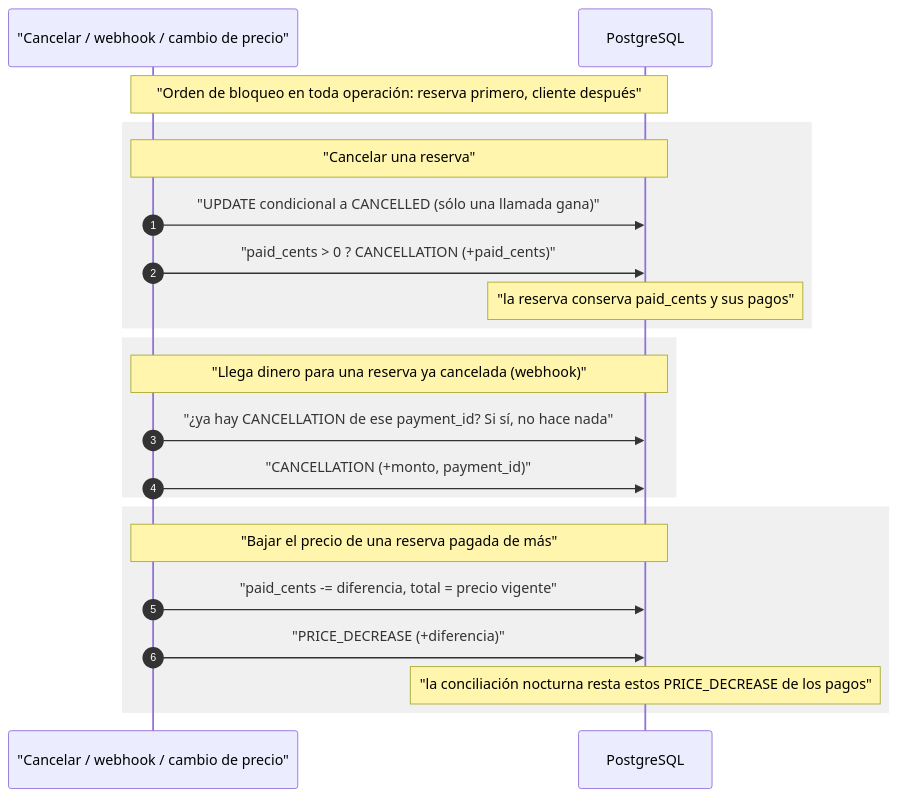
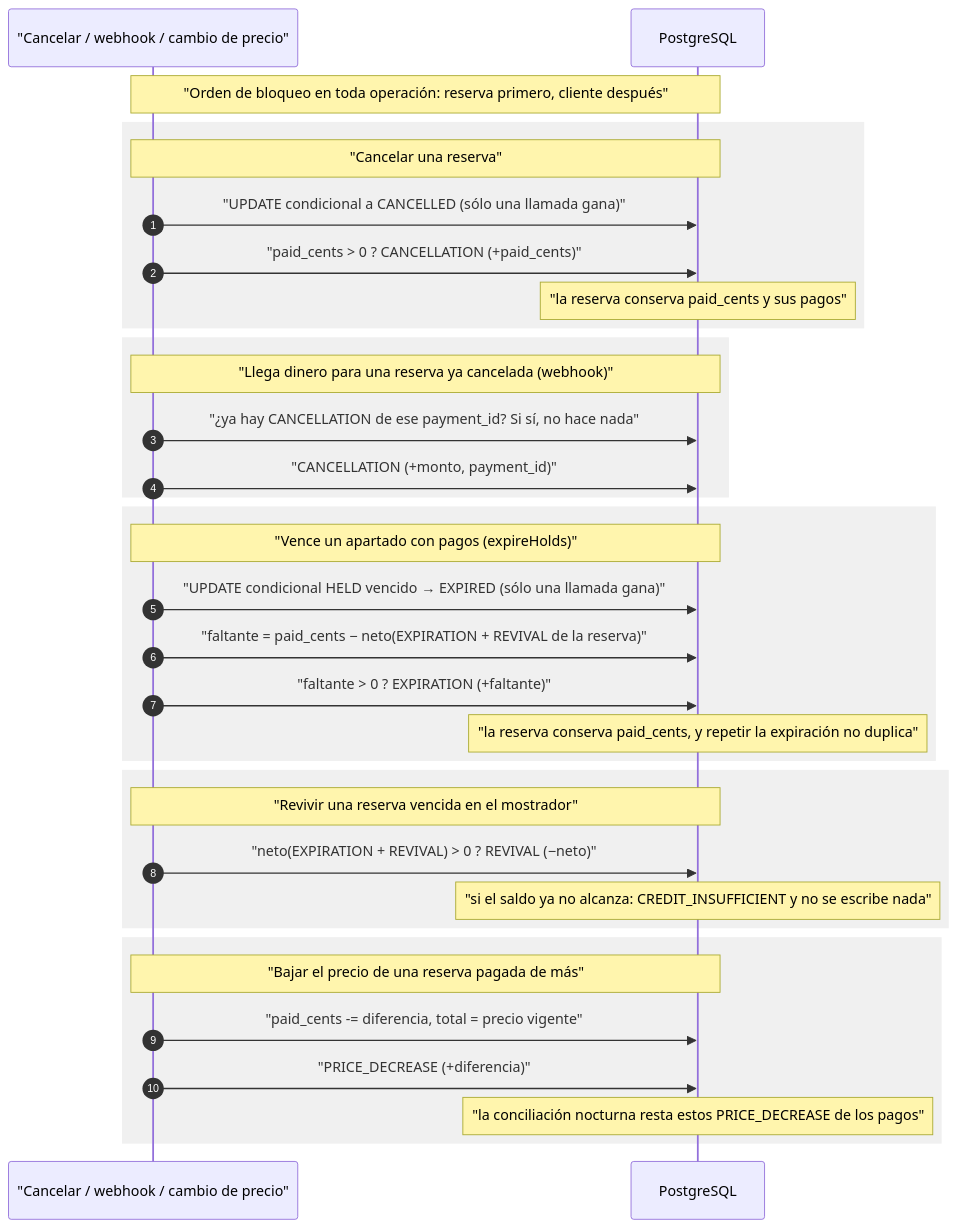
The second of 5 diagrams in docs/diagrams/customer-credit.md (erickgs2/ruta_mochilera), drawn with Mermaid before and after one commit. The commit also changed other lines of this file and 4 other files, not shown here.

First line of the commit message:
feat(payments): credit an expired hold's payments and take them back on revival

````diff
--- a/docs/diagrams/customer-credit.md
+++ b/docs/diagrams/customer-credit.md
@@ -40,28 +45,42 @@
 ```mermaid
 sequenceDiagram
     autonumber
     participant Op as "Cancelar / webhook / cambio de precio"
     participant DB as PostgreSQL
 
     Note over Op,DB: "Orden de bloqueo en toda operación: reserva primero, cliente después"
 
     rect rgb(240, 240, 240)
         Note over Op,DB: "Cancelar una reserva"
         Op->>DB: "UPDATE condicional a CANCELLED (sólo una llamada gana)"
         Op->>DB: "paid_cents > 0 ? CANCELLATION (+paid_cents)"
         Note over DB: "la reserva conserva paid_cents y sus pagos"
     end
 
     rect rgb(240, 240, 240)
         Note over Op,DB: "Llega dinero para una reserva ya cancelada (webhook)"
         Op->>DB: "¿ya hay CANCELLATION de ese payment_id? Si sí, no hace nada"
         Op->>DB: "CANCELLATION (+monto, payment_id)"
     end
 
     rect rgb(240, 240, 240)
+        Note over Op,DB: "Vence un apartado con pagos (expireHolds)"
+        Op->>DB: "UPDATE condicional HELD vencido → EXPIRED (sólo una llamada gana)"
+        Op->>DB: "faltante = paid_cents − neto(EXPIRATION + REVIVAL de la reserva)"
+        Op->>DB: "faltante > 0 ? EXPIRATION (+faltante)"
+        Note over DB: "la reserva conserva paid_cents, y repetir la expiración no duplica"
+    end
+
+    rect rgb(240, 240, 240)
+        Note over Op,DB: "Revivir una reserva vencida en el mostrador"
+        Op->>DB: "neto(EXPIRATION + REVIVAL) > 0 ? REVIVAL (−neto)"
+        Note over DB: "si el saldo ya no alcanza: CREDIT_INSUFFICIENT y no se escribe nada"
+    end
+
+    rect rgb(240, 240, 240)
         Note over Op,DB: "Bajar el precio de una reserva pagada de más"
         Op->>DB: "paid_cents -= diferencia, total = precio vigente"
         Op->>DB: "PRICE_DECREASE (+diferencia)"
         Note over DB: "la conciliación nocturna resta estos PRICE_DECREASE de los pagos"
     end
 ```
````
